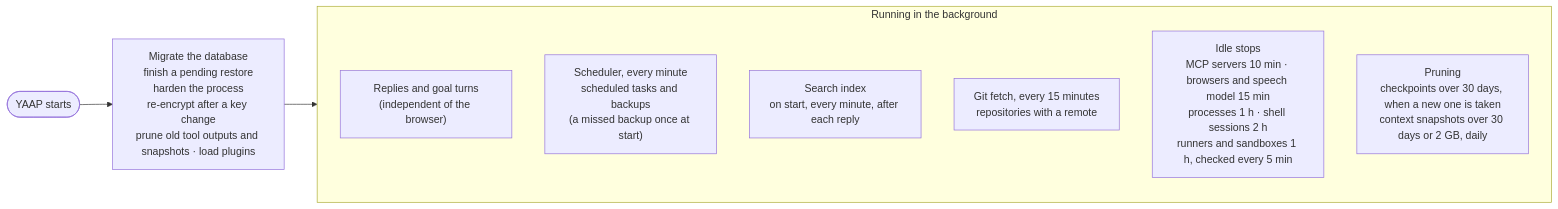
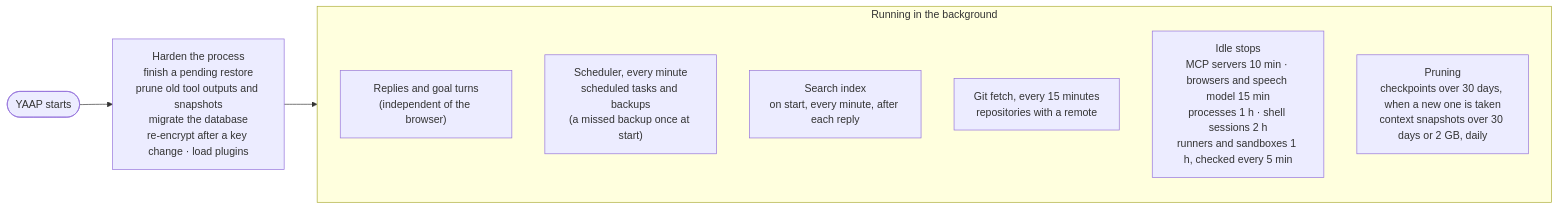
One commit to jelvodev/yaap changed the seventh of 7 diagrams in docs/architecture.md. Above: the diagram before and after it, drawn with Mermaid. The commit also changed other lines of this file and 32 other files, not shown here.

````diff
--- a/docs/architecture.md
+++ b/docs/architecture.md
@@ -293,14 +309,14 @@
 ```mermaid
 flowchart LR
-    start(["YAAP starts"]) --> migrate["Migrate the database<br/>finish a pending restore<br/>harden the process<br/>re-encrypt after a key change<br/>prune old tool outputs and snapshots · load plugins"]
+    start(["YAAP starts"]) --> migrate["Harden the process<br/>finish a pending restore<br/>prune old tool outputs and snapshots<br/>migrate the database<br/>re-encrypt after a key change · load plugins"]
     migrate --> loops
 
     subgraph loops["Running in the background"]
         replies["Replies and goal turns<br/>(independent of the browser)"]
         tasks["Scheduler, every minute<br/>scheduled tasks and backups<br/>(a missed backup once at start)"]
         index["Search index<br/>on start, every minute, after each reply"]
         fetch["Git fetch, every 15 minutes<br/>repositories with a remote"]
         idle["Idle stops<br/>MCP servers 10 min · browsers and speech model 15 min<br/>processes 1 h · shell sessions 2 h<br/>runners and sandboxes 1 h, checked every 5 min"]
         prune["Pruning<br/>checkpoints over 30 days, when a new one is taken<br/>context snapshots over 30 days or 2 GB, daily"]
     end
 ```
````
